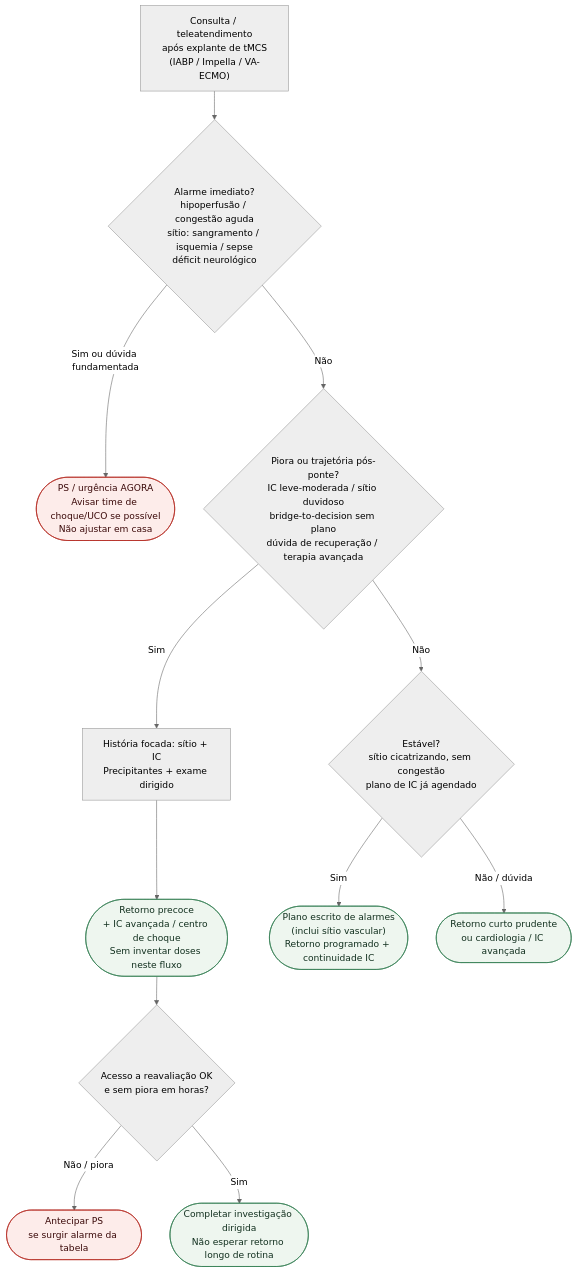
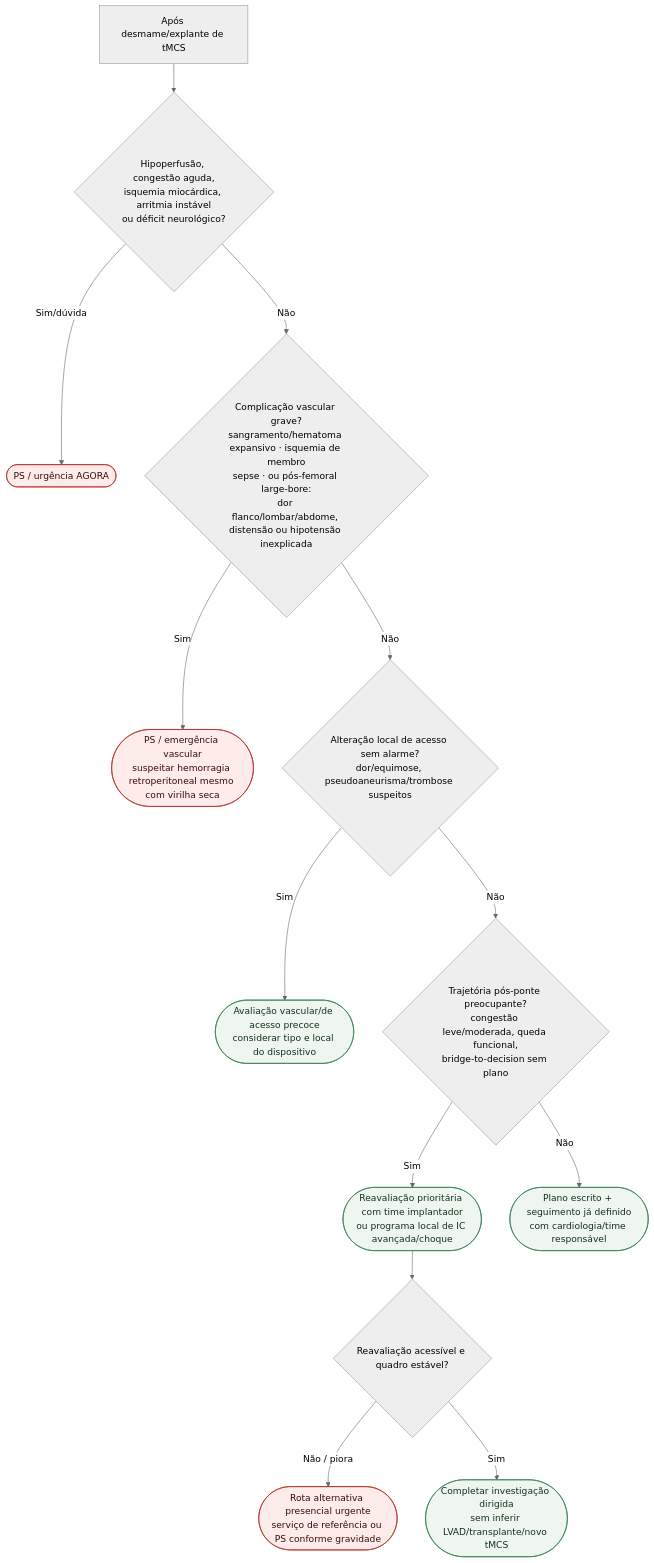
Before and after one commit to rafaelpaesmeirelles/MeuCardio: the diagram in content/Terapia_intensiva/fluxograma-ambulatorial-pos-tmcs-destino.md, drawn with Mermaid (neutral theme). The commit also changed other lines of this file, not shown here.

Commit message:
fix(content): corrige fluxograma pós-tMCS e marca revisado

````diff
--- a/content/Terapia_intensiva/fluxograma-ambulatorial-pos-tmcs-destino.md
+++ b/content/Terapia_intensiva/fluxograma-ambulatorial-pos-tmcs-destino.md
@@ -23,25 +19,25 @@
 ```mermaid
 flowchart TD
-  R0["Consulta / teleatendimento<br/>após explante de tMCS<br/>(IABP / Impella / VA-ECMO)"] --> D1{"Alarme imediato?<br/>hipoperfusão / congestão aguda<br/>sítio: sangramento / isquemia / sepse<br/>déficit neurológico"}
+  R0["Após desmame/explante de tMCS"] --> D1{"Hipoperfusão, congestão aguda,<br/>isquemia miocárdica, arritmia instável<br/>ou déficit neurológico?"}
+  D1 -->|"Sim/dúvida"| C1(["PS / urgência AGORA"])
 
-  D1 -->|"Sim ou dúvida fundamentada"| C1(["PS / urgência AGORA<br/>Avisar time de choque/UCO se possível<br/>Não ajustar em casa"])
+  D1 -->|"Não"| D2{"Complicação vascular grave?<br/>sangramento/hematoma expansivo · isquemia de membro<br/>sepse · ou pós-femoral large-bore:<br/>dor flanco/lombar/abdome, distensão ou hipotensão inexplicada"}
+  D2 -->|"Sim"| C2(["PS / emergência vascular<br/>suspeitar hemorragia retroperitoneal mesmo com virilha seca"])
 
-  D1 -->|"Não"| D2{"Piora ou trajetória pós-ponte?<br/>IC leve-moderada / sítio duvidoso<br/>bridge-to-decision sem plano<br/>dúvida de recuperação / terapia avançada"}
+  D2 -->|"Não"| D3{"Alteração local de acesso sem alarme?<br/>dor/equimose, pseudoaneurisma/trombose suspeitos"}
+  D3 -->|"Sim"| C3(["Avaliação vascular/de acesso precoce<br/>considerar tipo e local do dispositivo"])
 
-  D2 -->|"Sim"| P1["História focada: sítio + IC<br/>Precipitantes + exame dirigido"]
-  P1 --> C2(["Retorno precoce<br/>+ IC avançada / centro de choque<br/>Sem inventar doses neste fluxo"])
+  D3 -->|"Não"| D4{"Trajetória pós-ponte preocupante?<br/>congestão leve/moderada, queda funcional,<br/>bridge-to-decision sem plano"}
+  D4 -->|"Sim"| C4(["Reavaliação prioritária com time implantador<br/>ou programa local de IC avançada/choque"])
 
-  D2 -->|"Não"| D3{"Estável?<br/>sítio cicatrizando, sem congestão<br/>plano de IC já agendado"}
+  C4 --> D5{"Reavaliação acessível e quadro estável?"}
+  D5 -->|"Não / piora"| C5(["Rota alternativa presencial urgente<br/>serviço de referência ou PS conforme gravidade"])
+  D5 -->|"Sim"| C6(["Completar investigação dirigida<br/>sem inferir LVAD/transplante/novo tMCS"])
 
-  D3 -->|"Sim"| C3(["Plano escrito de alarmes<br/>(inclui sítio vascular)<br/>Retorno programado + continuidade IC"])
-  D3 -->|"Não / dúvida"| C4(["Retorno curto prudente<br/>ou cardiologia / IC avançada"])
+  D4 -->|"Não"| C7(["Plano escrito + seguimento já definido<br/>com cardiologia/time responsável"])
 
-  C2 --> D4{"Acesso a reavaliação OK<br/>e sem piora em horas?"}
-  D4 -->|"Não / piora"| C5(["Antecipar PS<br/>se surgir alarme da tabela"])
-  D4 -->|"Sim"| C6(["Completar investigação dirigida<br/>Não esperar retorno longo de rotina"])
-
+  classDef alerta fill:#fdecea,stroke:#b3261e,color:#3b0a0a;
   classDef conduta fill:#eef6ef,stroke:#2f7a4f,color:#12301f;
-  classDef alerta fill:#fdecea,stroke:#b3261e,color:#3b0a0a;
-  class C1,C5 alerta;
-  class C2,C3,C4,C6 conduta;
+  class C1,C2,C5 alerta;
+  class C3,C4,C6,C7 conduta;
 ```
````
